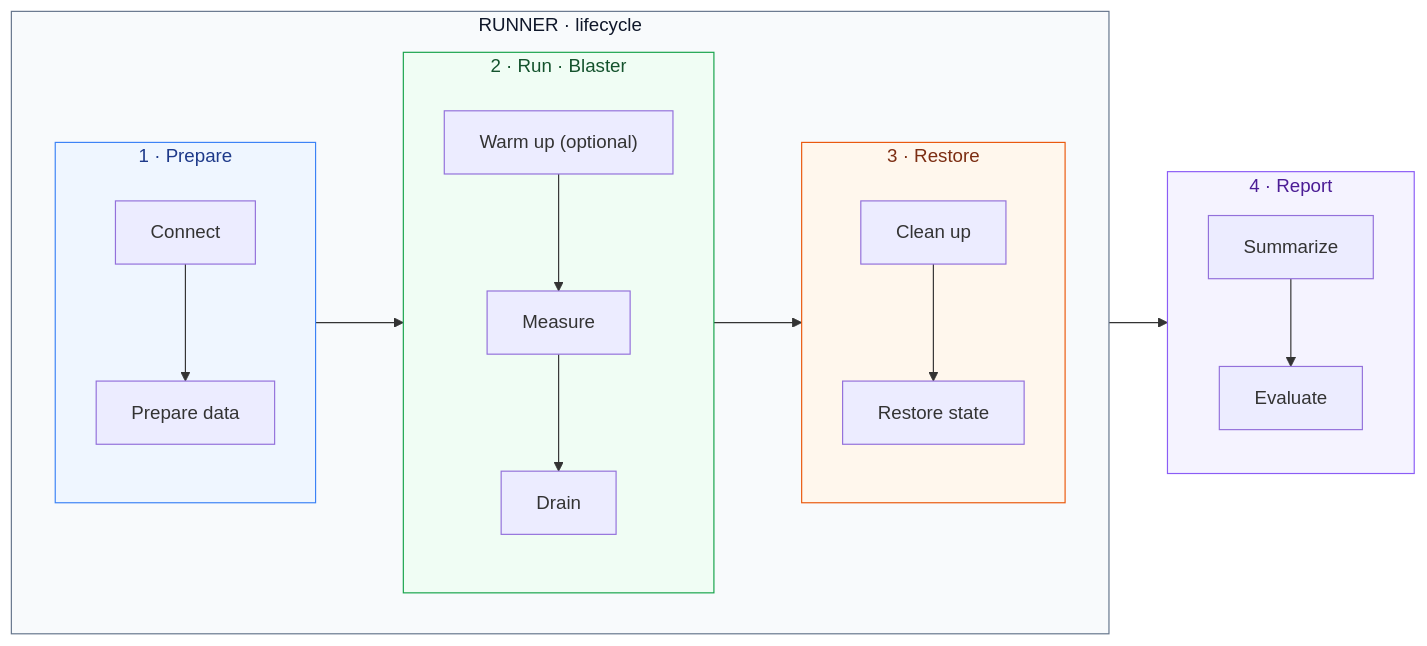
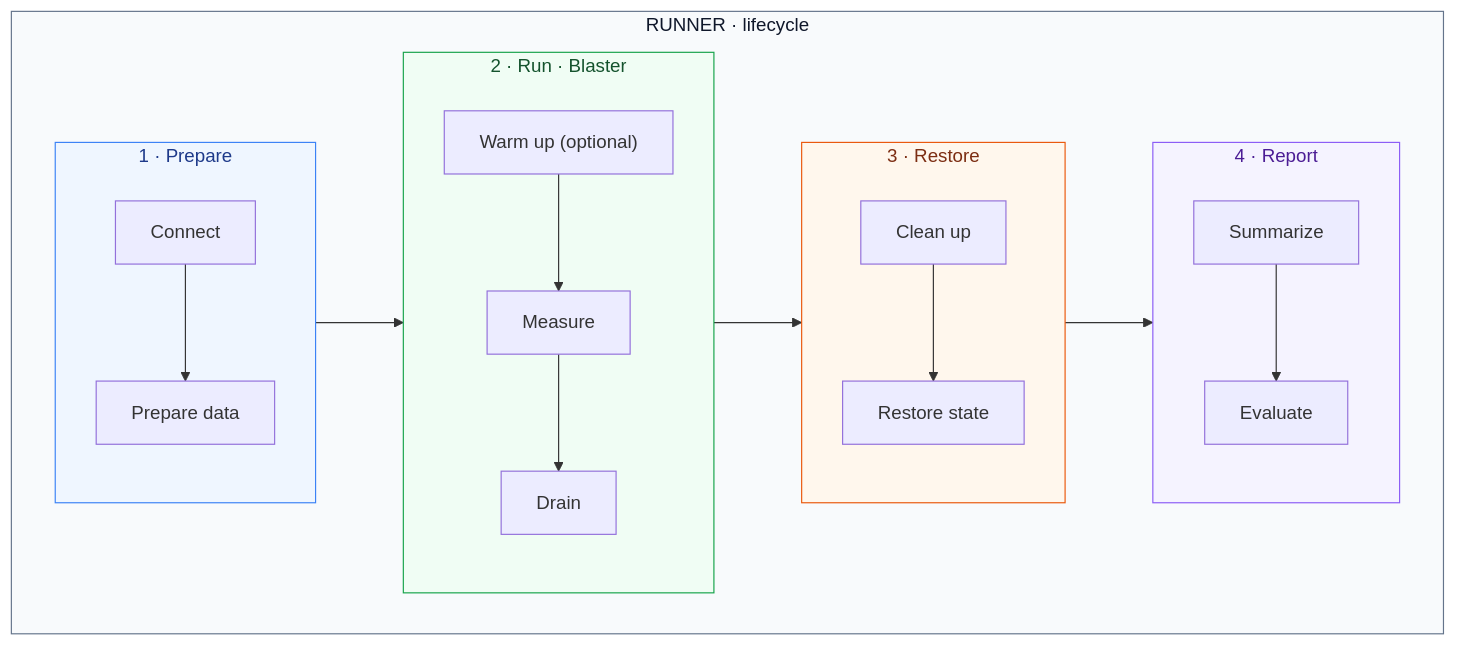
One commit to sonic-net/sonic-mgmt changed the first of 2 diagrams in docs/testplan/gnmi-benchmark-design.md. Above: the diagram before and after it, drawn with Mermaid. The commit also changed other lines of this file, not shown here.

Commit message:
Clarify report integration and general request timing

````diff
--- a/docs/testplan/gnmi-benchmark-design.md
+++ b/docs/testplan/gnmi-benchmark-design.md
@@ -19,29 +20,28 @@
 ```mermaid
 flowchart LR
     subgraph Runner["RUNNER · lifecycle"]
         direction LR
         subgraph Preparation["1 · Prepare"]
             direction TB
             Connect["Connect"] --> Resources["Prepare data"]
         end
         subgraph Blaster["2 · Run · Blaster"]
             direction TB
             Warmup["Warm up (optional)"] --> Measure["Measure"] --> Drain["Drain"]
         end
         subgraph Restoration["3 · Restore"]
             direction TB
             Cleanup["Clean up"] --> Restore["Restore state"]
         end
-        Preparation --> Blaster --> Restoration
+        subgraph Report["4 · Report"]
+            direction TB
+            Summarize["Summarize"] --> Evaluate["Evaluate"]
+        end
+        Preparation --> Blaster --> Restoration --> Report
     end
-    subgraph Report["4 · Report"]
-        direction TB
-        Summarize["Summarize"] --> Evaluate["Evaluate"]
-    end
-    Runner --> Report
     style Runner fill:#f8fafc,stroke:#64748b,color:#0f172a
     style Preparation fill:#eff6ff,stroke:#3b82f6,color:#1e3a8a
     style Blaster fill:#f0fdf4,stroke:#16a34a,color:#14532d
     style Restoration fill:#fff7ed,stroke:#ea580c,color:#7c2d12
     style Report fill:#f5f3ff,stroke:#8b5cf6,color:#4c1d95
 ```
````
